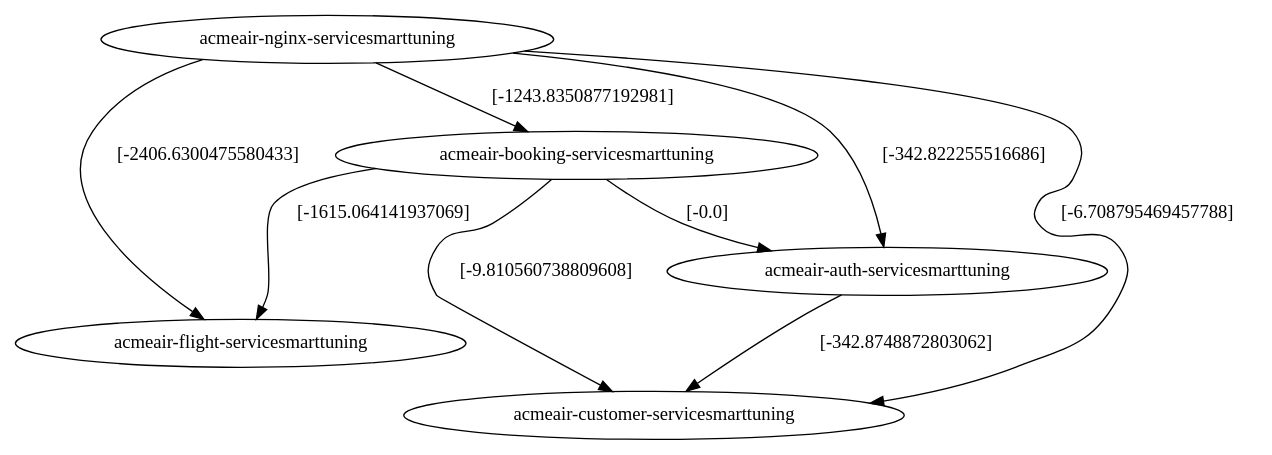
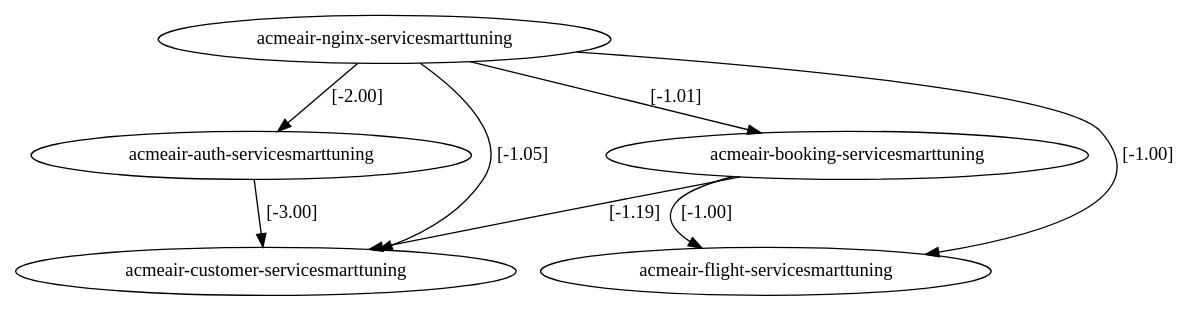
The diagram in optimization/smarttuning/graph.dot (adalrsjr1/smart-tuning), drawn with Graphviz before and after one commit. The commit also changed 9 other files, not shown here.

```diff
--- a/optimization/smarttuning/graph.dot
+++ b/optimization/smarttuning/graph.dot
@@ -1,15 +1,14 @@
 digraph  {
 "acmeair-nginx-servicesmarttuning";
+"acmeair-auth-servicesmarttuning";
+"acmeair-customer-servicesmarttuning";
 "acmeair-booking-servicesmarttuning";
 "acmeair-flight-servicesmarttuning";
-"acmeair-customer-servicesmarttuning";
-"acmeair-auth-servicesmarttuning";
-"acmeair-nginx-servicesmarttuning" -> "acmeair-booking-servicesmarttuning"  [key=0, label="[-1243.8350877192981]", weight="-1243.8350877192981"];
-"acmeair-nginx-servicesmarttuning" -> "acmeair-flight-servicesmarttuning"  [key=0, label="[-2406.6300475580433]", weight="-2406.6300475580433"];
-"acmeair-nginx-servicesmarttuning" -> "acmeair-auth-servicesmarttuning"  [key=0, label="[-342.822255516686]", weight="-342.822255516686"];
-"acmeair-nginx-servicesmarttuning" -> "acmeair-customer-servicesmarttuning"  [key=0, label="[-6.708795469457788]", weight="-6.708795469457788"];
-"acmeair-booking-servicesmarttuning" -> "acmeair-customer-servicesmarttuning"  [key=0, label="[-9.810560738809608]", weight="-9.810560738809608"];
-"acmeair-booking-servicesmarttuning" -> "acmeair-flight-servicesmarttuning"  [key=0, label="[-1615.064141937069]", weight="-1615.064141937069"];
-"acmeair-booking-servicesmarttuning" -> "acmeair-auth-servicesmarttuning"  [key=0, label="[-0.0]", weight="-0.0"];
-"acmeair-auth-servicesmarttuning" -> "acmeair-customer-servicesmarttuning"  [key=0, label="[-342.8748872803062]", weight="-342.8748872803062"];
+"acmeair-nginx-servicesmarttuning" -> "acmeair-auth-servicesmarttuning"  [key=0, label="[-2.00]", weight="-1.9994774470915175"];
+"acmeair-nginx-servicesmarttuning" -> "acmeair-customer-servicesmarttuning"  [key=0, label="[-1.05]", weight="-1.0493232663095717"];
+"acmeair-nginx-servicesmarttuning" -> "acmeair-booking-servicesmarttuning"  [key=0, label="[-1.01]", weight="-1.0147228983458072"];
+"acmeair-nginx-servicesmarttuning" -> "acmeair-flight-servicesmarttuning"  [key=0, label="[-1.00]", weight="-0.9999966546456934"];
+"acmeair-auth-servicesmarttuning" -> "acmeair-customer-servicesmarttuning"  [key=0, label="[-3.00]", weight="-2.998781534803857"];
+"acmeair-booking-servicesmarttuning" -> "acmeair-flight-servicesmarttuning"  [key=0, label="[-1.00]", weight="-1.0"];
+"acmeair-booking-servicesmarttuning" -> "acmeair-customer-servicesmarttuning"  [key=0, label="[-1.19]", weight="-1.1855464434704048"];
 }
```
